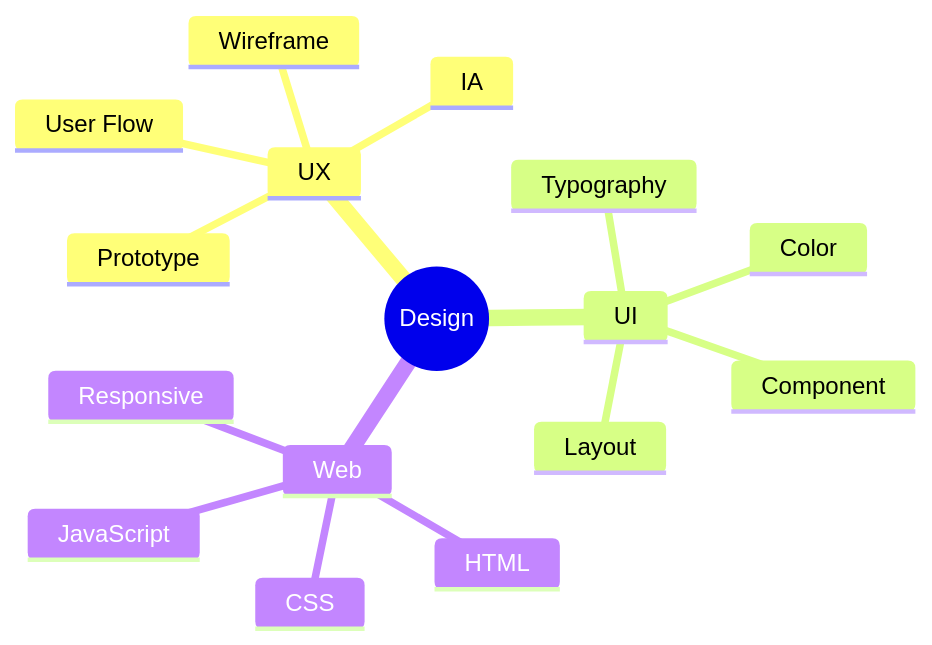
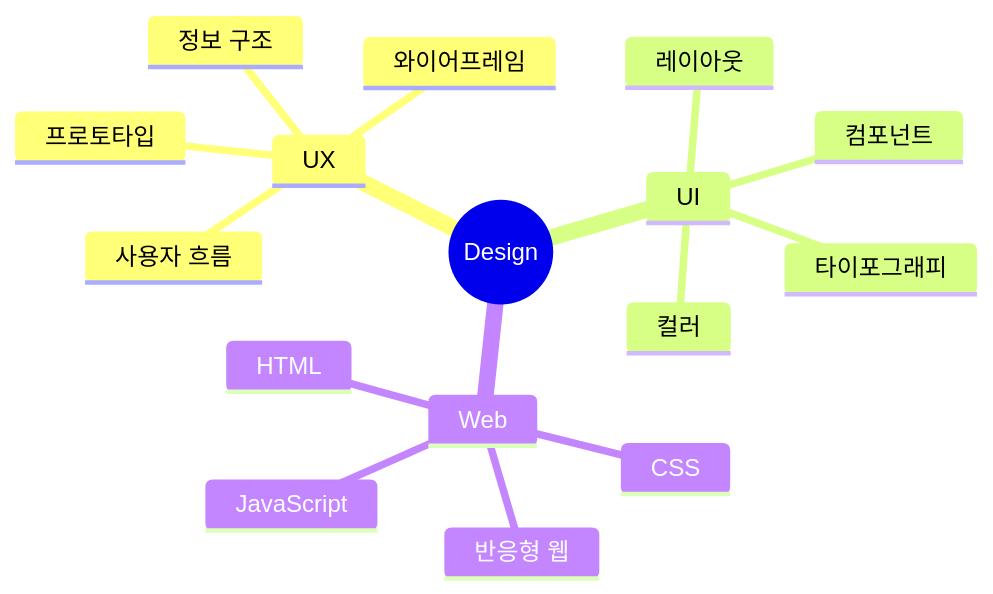
One commit to joona0306/joona0306 changed the second of 2 diagrams in README.md. Above: the diagram before and after it, drawn with Mermaid. The commit also changed other lines of this file, not shown here.

````diff
--- a/README.md
+++ b/README.md
@@ -94,19 +81,19 @@
 ```mermaid
 mindmap
   root((Design))
     UX
-      User Flow
-      IA
-      Wireframe
-      Prototype
+      사용자 흐름
+      정보 구조
+      와이어프레임
+      프로토타입
     UI
-      Layout
-      Color
-      Typography
-      Component
+      레이아웃
+      컬러
+      타이포그래피
+      컴포넌트
     Web
       HTML
       CSS
       JavaScript
-      Responsive
+      반응형 웹
 ```
````
